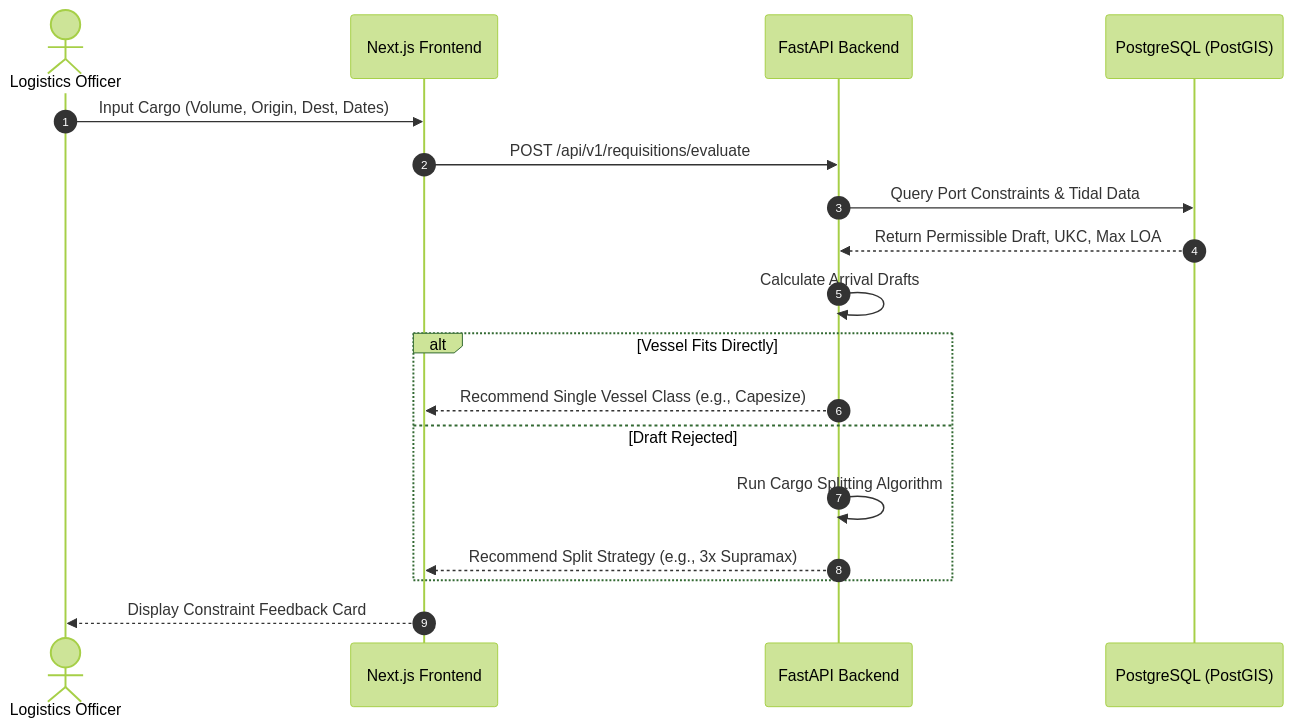
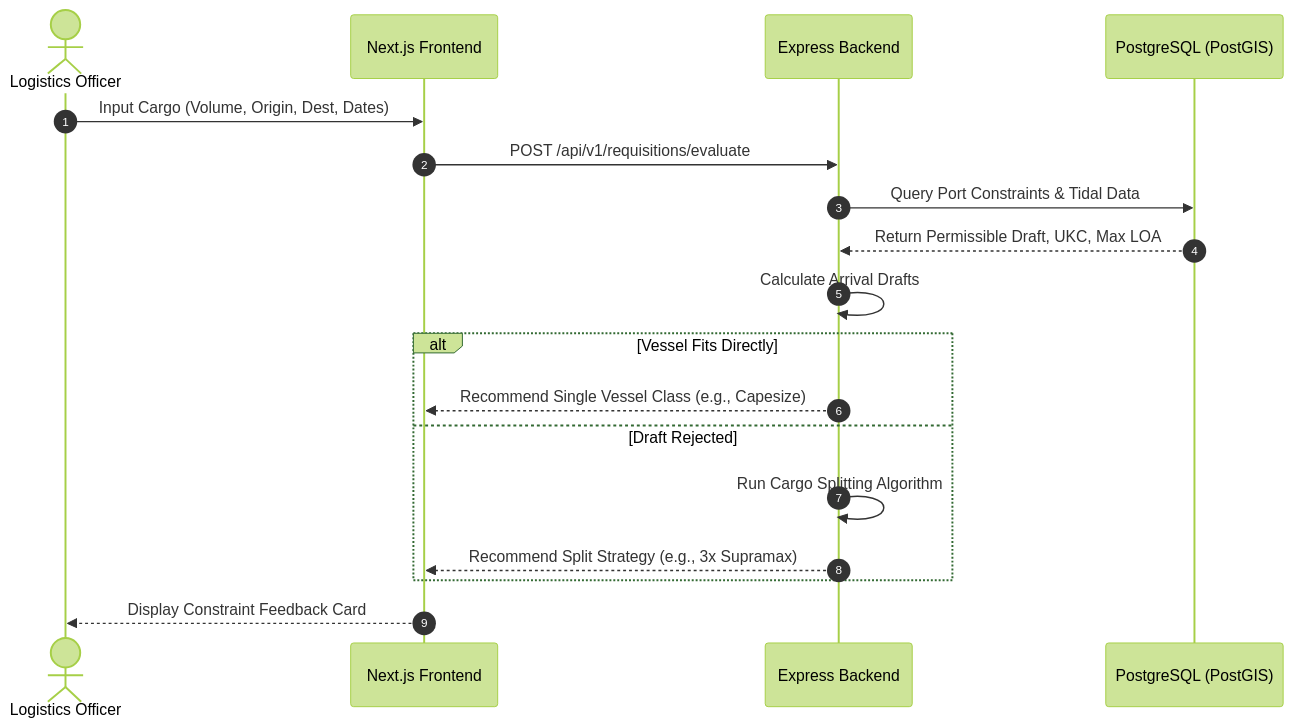
One commit to IamNishant51/KargoSetu changed the second of 4 diagrams in Docs/08_System_Architecture_Diagrams.md. Above: the diagram before and after it, drawn with Mermaid (forest theme). The commit also changed other lines of this file and 5 other files, not shown here.

Commit message:
docs: pivot backend architecture and ml models from Python to Node.js/TensorFlow.js

````diff
--- a/Docs/08_System_Architecture_Diagrams.md
+++ b/Docs/08_System_Architecture_Diagrams.md
@@ -49,23 +49,23 @@
 ```mermaid
 sequenceDiagram
     autonumber
     actor User as Logistics Officer
     participant UI as Next.js Frontend
-    participant API as FastAPI Backend
+    participant API as Express Backend
     participant DB as PostgreSQL (PostGIS)
     
     User->>UI: Input Cargo (Volume, Origin, Dest, Dates)
     UI->>API: POST /api/v1/requisitions/evaluate
     API->>DB: Query Port Constraints & Tidal Data
     DB-->>API: Return Permissible Draft, UKC, Max LOA
     API->>API: Calculate Arrival Drafts
     
     alt Vessel Fits Directly
         API-->>UI: Recommend Single Vessel Class (e.g., Capesize)
     else Draft Rejected
         API->>API: Run Cargo Splitting Algorithm
         API-->>UI: Recommend Split Strategy (e.g., 3x Supramax)
     end
     
     UI-->>User: Display Constraint Feedback Card
 ```
````
